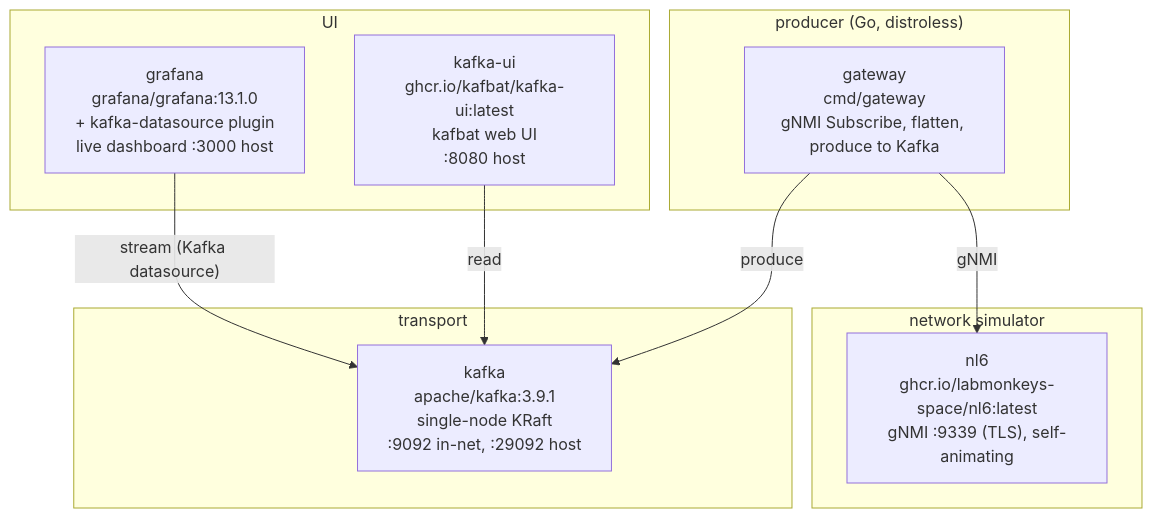
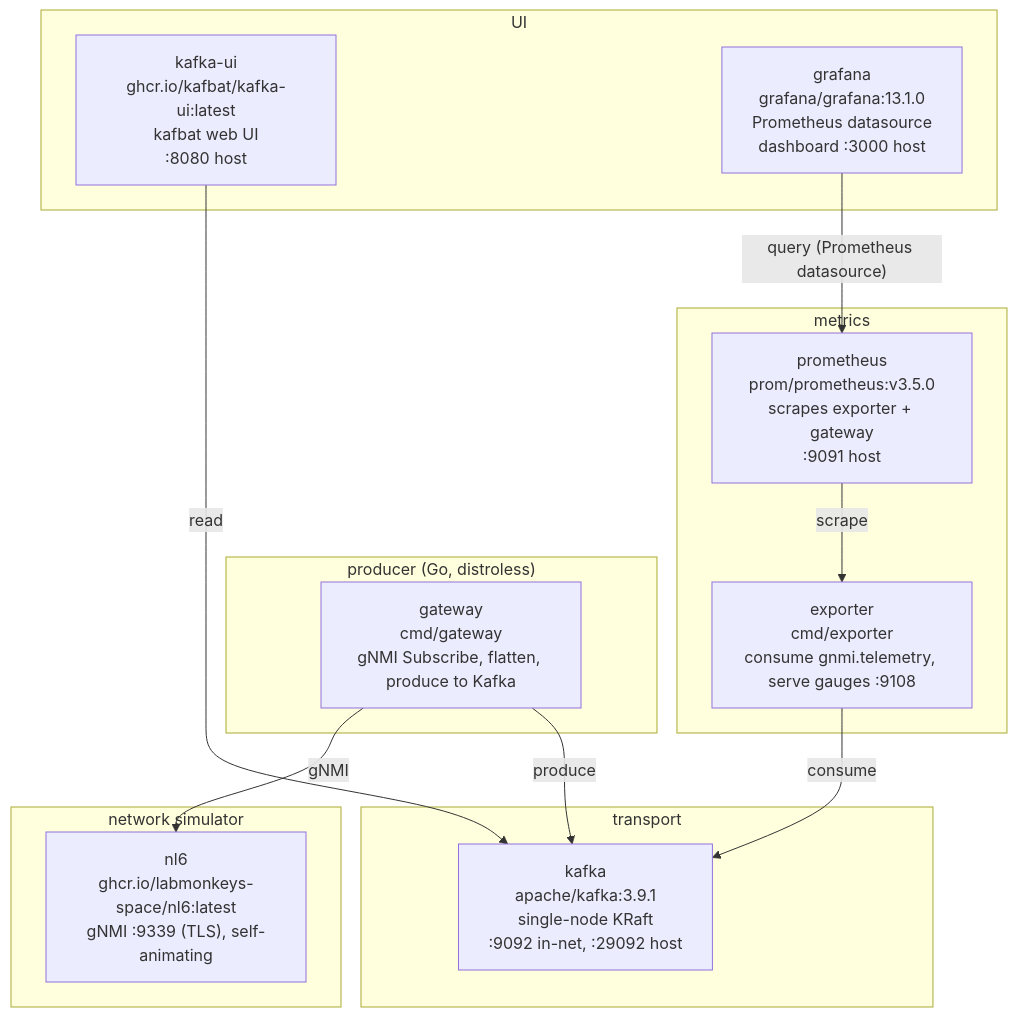
Before and after one commit to indigo423/gnmi-kafka-producer: the second of 2 diagrams in README.md, drawn with Mermaid. The commit also changed other lines of this file and 10 other files, not shown here.

````diff
--- a/README.md
+++ b/README.md
@@ -25,24 +29,31 @@
 ```mermaid
 flowchart TB
     subgraph sim["network simulator"]
         NL6["nl6<br/>ghcr.io/labmonkeys-space/nl6:latest<br/>gNMI :9339 (TLS), self-animating"]
     end
 
     subgraph producer["producer (Go, distroless)"]
         GW["gateway<br/>cmd/gateway<br/>gNMI Subscribe, flatten, produce to Kafka"]
     end
 
     subgraph transport["transport"]
         K["kafka<br/>apache/kafka:3.9.1<br/>single-node KRaft<br/>:9092 in-net, :29092 host"]
     end
 
+    subgraph metricsdb["metrics"]
+        EX["exporter<br/>cmd/exporter<br/>consume gnmi.telemetry, serve gauges :9108"]
+        P["prometheus<br/>prom/prometheus:v3.5.0<br/>scrapes exporter + gateway<br/>:9091 host"]
+    end
+
     subgraph ui["UI"]
         UI["kafka-ui<br/>ghcr.io/kafbat/kafka-ui:latest<br/>kafbat web UI<br/>:8080 host"]
-        GF["grafana<br/>grafana/grafana:13.1.0<br/>+ kafka-datasource plugin<br/>live dashboard :3000 host"]
+        GF["grafana<br/>grafana/grafana:13.1.0<br/>Prometheus datasource<br/>dashboard :3000 host"]
     end
 
     GW -- gNMI --> NL6
     GW -- produce --> K
     UI -- read --> K
-    GF -- stream (Kafka datasource) --> K
+    EX -- consume --> K
+    P -- scrape --> EX
+    GF -- query (Prometheus datasource) --> P
 ```
````
